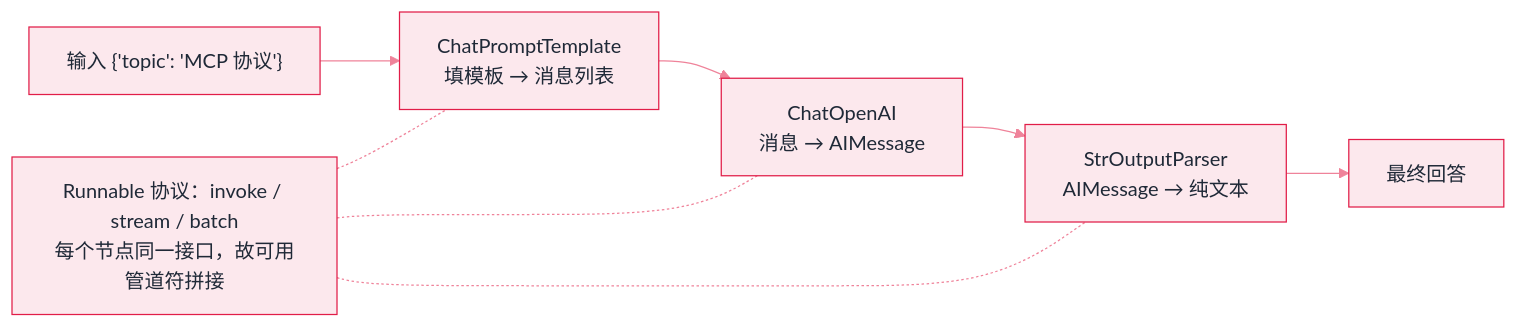
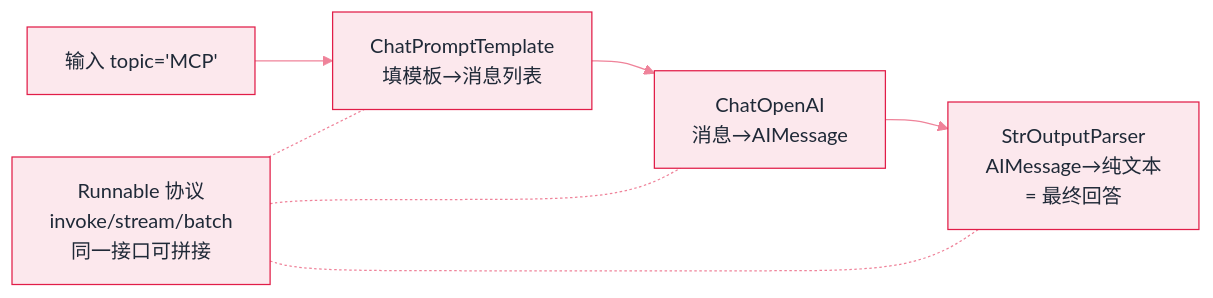
The diagram in docs/09-frameworks/langchain.md (funny8kids/ai-agent-handbook), drawn with Mermaid before and after one commit. The commit also changed other lines of this file and 39 other files, not shown here.

First line of the commit message:
Round 15: re-measure all diagrams on GitBook's real mermaid version (11.14.0)

````diff
--- a/docs/09-frameworks/langchain.md
+++ b/docs/09-frameworks/langchain.md
@@ -55,11 +55,10 @@
 ```mermaid
 %%{init: {"theme":"base","themeVariables":{"primaryColor":"#FCE8ED","primaryBorderColor":"#E11D48","primaryTextColor":"#1F2937","secondaryColor":"#F8CDD7","tertiaryColor":"#FEF6F8","lineColor":"#EF839A","actorBkg":"#FDEDF0","actorBorder":"#E11D48","actorTextColor":"#1F2937","signalColor":"#EA617F","noteBkgColor":"#FAD6DE","noteBorderColor":"#E11D48","noteTextColor":"#1F2937","labelBoxBkgColor":"#FCE8ED","labelBoxBorderColor":"#E11D48"}}}%%
 flowchart LR
-  IN["输入 {'topic': 'MCP 协议'}"] --> A["ChatPromptTemplate<br/>填模板 → 消息列表"]
-  A --> B["ChatOpenAI<br/>消息 → AIMessage"]
-  B --> C["StrOutputParser<br/>AIMessage → 纯文本"]
-  C --> OUT["最终回答"]
-  N["Runnable 协议：invoke / stream / batch<br/>每个节点同一接口，故可用管道符拼接"] -.- A
+  IN["输入 topic='MCP'"] --> A["ChatPromptTemplate<br/>填模板→消息列表"]
+  A --> B["ChatOpenAI<br/>消息→AIMessage"]
+  B --> C["StrOutputParser<br/>AIMessage→纯文本<br/>= 最终回答"]
+  N["Runnable 协议<br/>invoke/stream/batch<br/>同一接口可拼接"] -.- A
   N -.- B
   N -.- C
 ```
````
